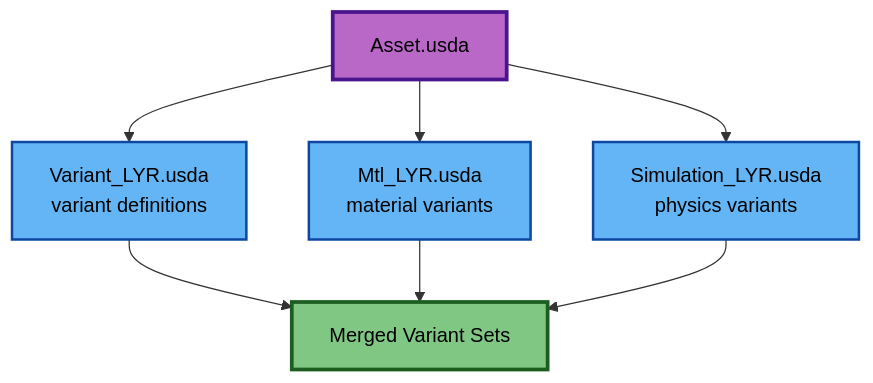
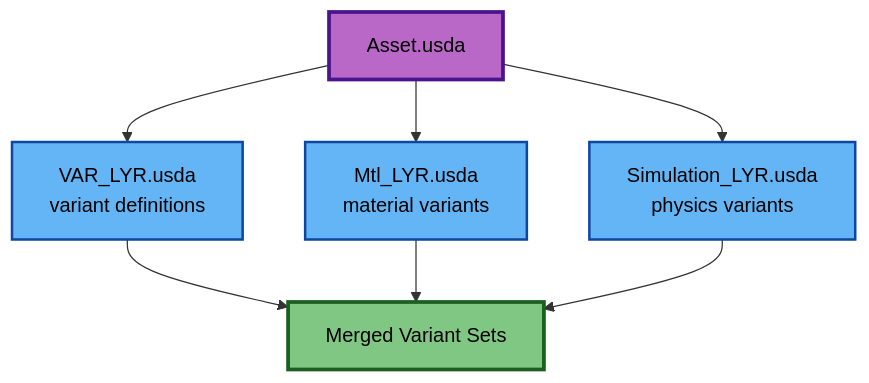
Before and after one commit to jph2/USD_GoodStart: diagram 11 of 18 in WIP_Docs/OpenUSD_Best_Practices_Guide (17).md, drawn with Mermaid. The commit also changed other lines of this file and 1 other file, not shown here.

````diff
--- a/WIP_Docs/OpenUSD_Best_Practices_Guide (17).md
+++ b/WIP_Docs/OpenUSD_Best_Practices_Guide (17).md
@@ -1829,20 +1829,20 @@
 ```mermaid
 flowchart TD
     Asset[Asset.usda]:::root
-    VariantLayer[Variant_LYR.usda<br/>variant definitions]:::variant
+    VariantLayer[VAR_LYR.usda<br/>variant definitions]:::variant
     MtlLayer[Mtl_LYR.usda<br/>material variants]:::variant
     SimLayer[Simulation_LYR.usda<br/>physics variants]:::variant
     Merged[Merged Variant Sets]:::result
     
     Asset --> VariantLayer
     Asset --> MtlLayer
     Asset --> SimLayer
     
     VariantLayer --> Merged
     MtlLayer --> Merged
     SimLayer --> Merged
     
     classDef root fill:#ba68c8,stroke:#4a148c,stroke-width:3px,color:#000;
     classDef variant fill:#64b5f6,stroke:#0d47a1,stroke-width:2px,color:#000;
     classDef result fill:#81c784,stroke:#1b5e20,stroke-width:3px,color:#000;
 ```
````
